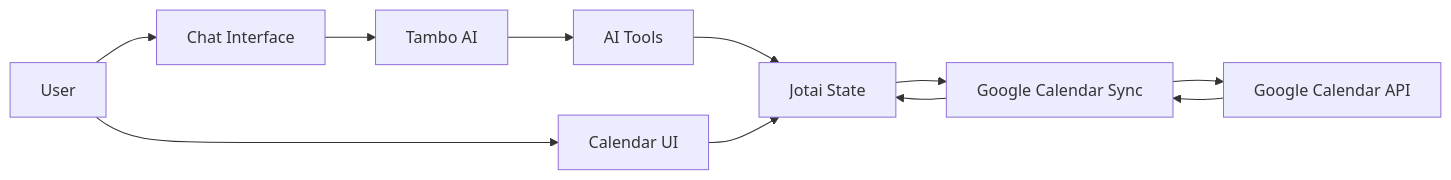
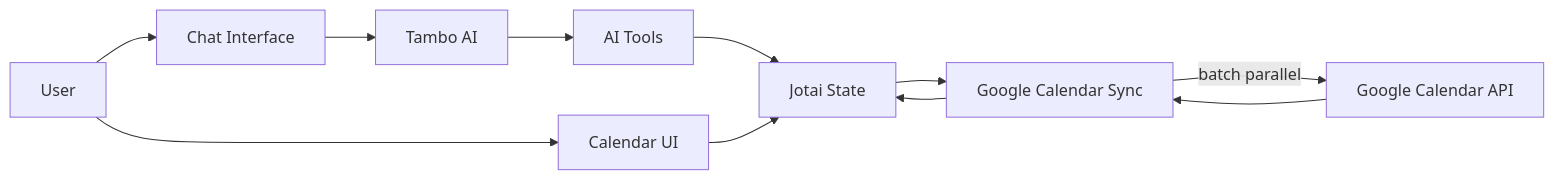
The diagram in README.md (BeeBombshell/brilliant), drawn with Mermaid before and after one commit. The commit also changed other lines of this file and 1 other file, not shown here.

Commit message:
docs: `ARCHITECTURE.md` and update AI tool descriptions and context helper details in `README.md`.

````diff
--- a/README.md
+++ b/README.md
@@ -66,13 +83,13 @@
 ```mermaid
 graph LR
     A[User] --> B[Chat Interface]
     A --> C[Calendar UI]
     B --> D[Tambo AI]
     D --> E[AI Tools]
     E --> F[Jotai State]
     C --> F
     F --> G[Google Calendar Sync]
-    G --> H[Google Calendar API]
+    G -->|batch parallel| H[Google Calendar API]
     H --> G
     G --> F
 ```
````
